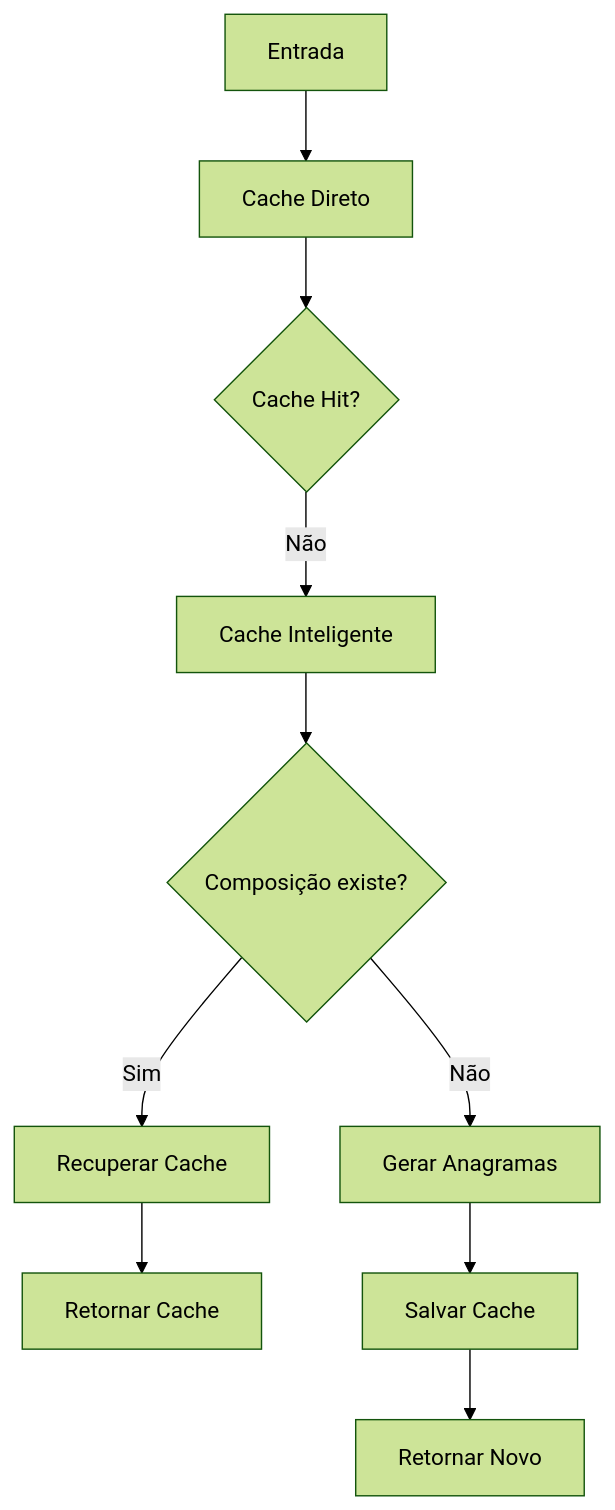
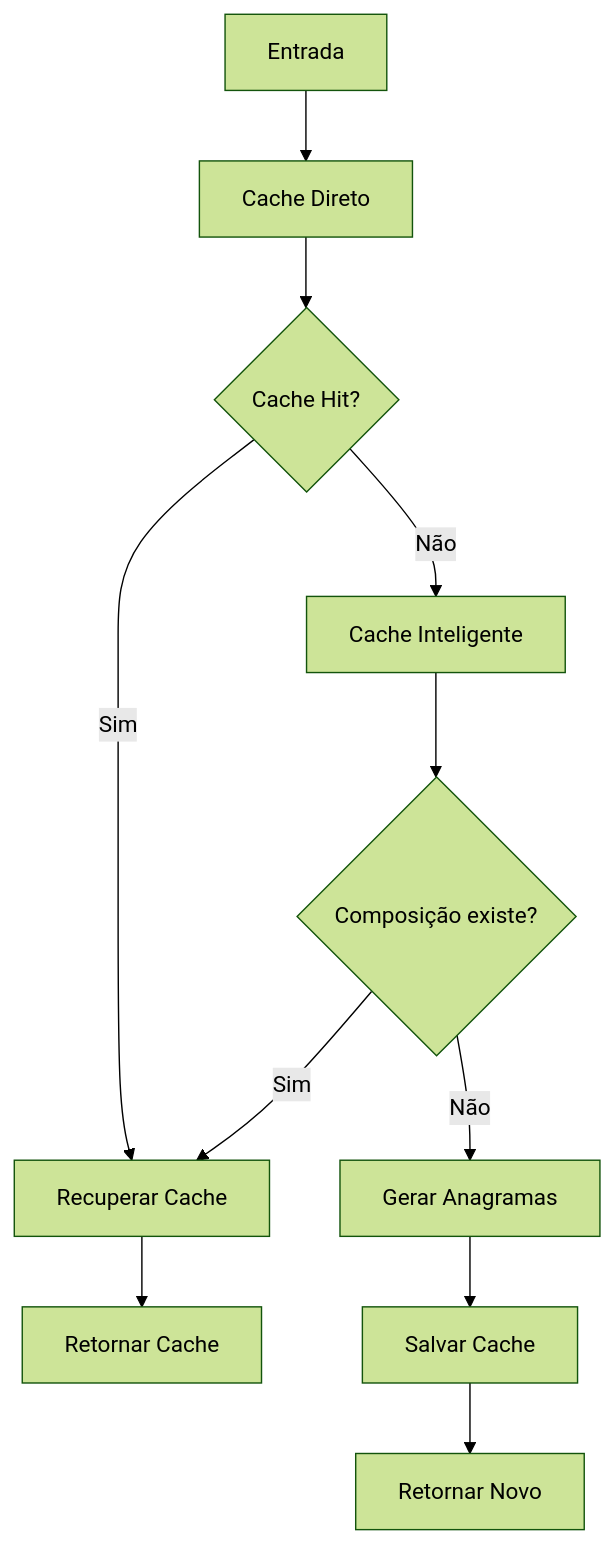
One commit to opt-lucas-barreto/text-processing-api changed the diagram in README.md. Above: the diagram before and after it, drawn with Mermaid (forest theme).

Commit message:
ajuste em README.md para colocar caixa de hint sim para recuperar do cache

````diff
--- a/README.md
+++ b/README.md
@@ -280,12 +280,13 @@
 ```mermaid
 flowchart TD
     A[Entrada] --> B[Cache Direto]
     B --> C{Cache Hit?}
+    C -->|Sim| F[Recuperar Cache]
     C -->|Não| D[Cache Inteligente]
     D --> E{Composição existe?}
     E -->|Sim| F[Recuperar Cache]
     E -->|Não| G[Gerar Anagramas]
     F --> H[Retornar Cache]
     G --> I[Salvar Cache]
     I --> J[Retornar Novo]
 ```
````
